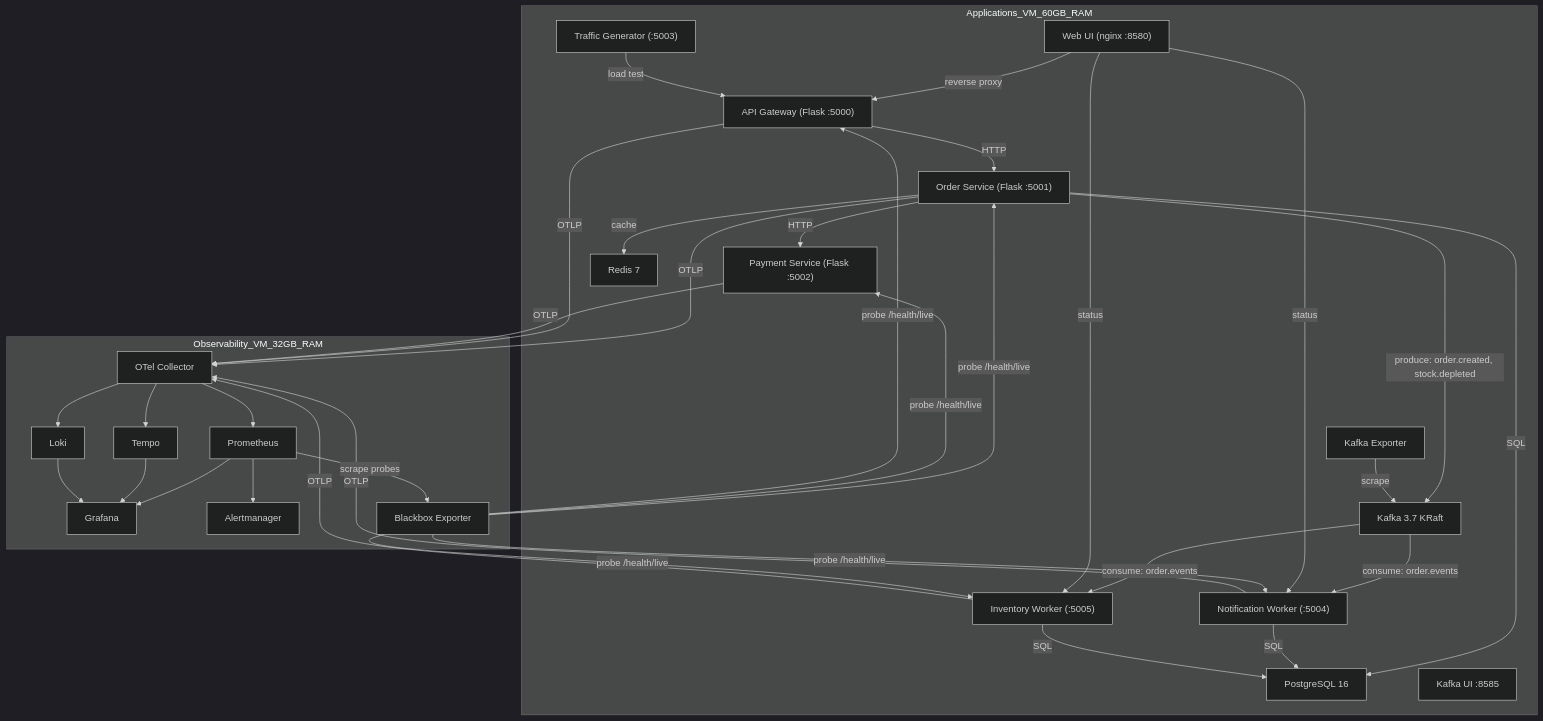
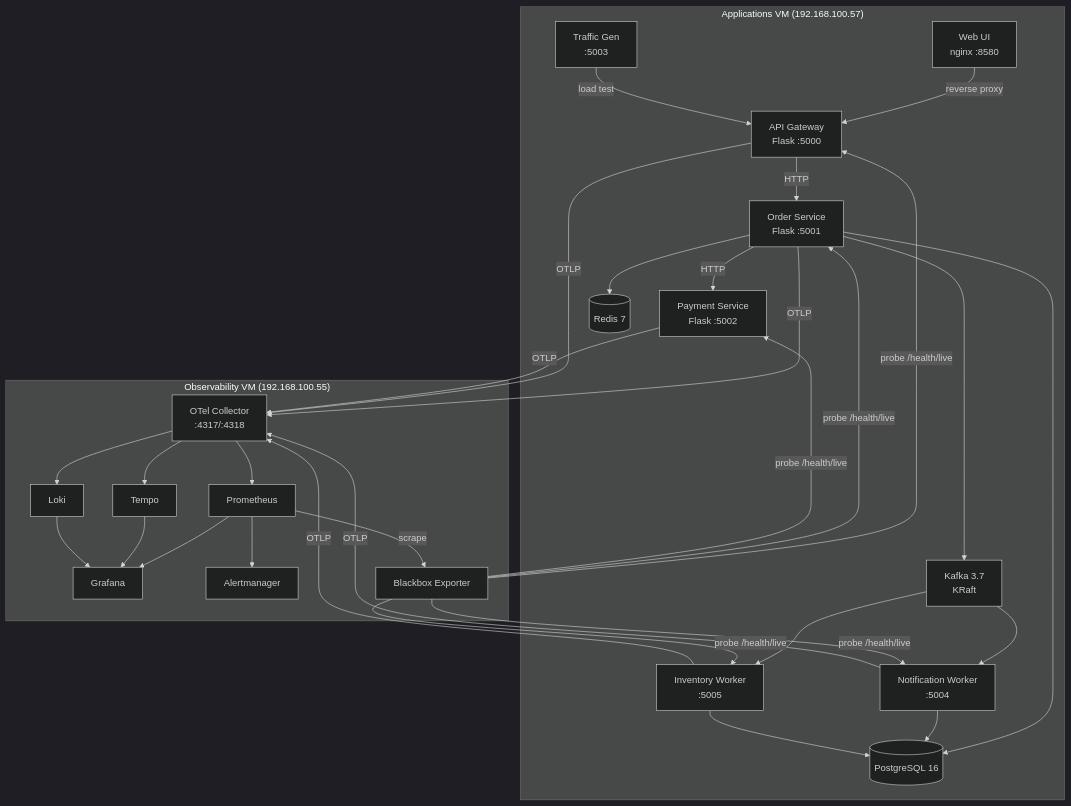
The first of 5 diagrams in on-premises/ARCHITECTURE.md (Mark-Zagob/observability-sample-v2), drawn with Mermaid (dark theme) before and after one commit. The commit also changed other lines of this file and 1 other file, not shown here.

Commit message:
update architecture

````diff
--- a/on-premises/ARCHITECTURE.md
+++ b/on-premises/ARCHITECTURE.md
@@ -9,72 +11,39 @@
 ```mermaid
 graph TB
+    subgraph "Applications VM (192.168.100.57)"
+        UI["Web UI<br/>nginx :8580"]
+        GW["API Gateway<br/>Flask :5000"]
+        OS["Order Service<br/>Flask :5001"]
+        PS["Payment Service<br/>Flask :5002"]
+        TG["Traffic Gen<br/>:5003"]
+        NW["Notification Worker<br/>:5004"]
+        IW["Inventory Worker<br/>:5005"]
+        PG[(PostgreSQL 16)]
+        RD[(Redis 7)]
+        KF[Kafka 3.7<br/>KRaft]
+    end
 
-subgraph Applications_VM_60GB_RAM
-    UI["Web UI (nginx :8580)"]
-    GW["API Gateway (Flask :5000)"]
-    OS["Order Service (Flask :5001)"]
-    PS["Payment Service (Flask :5002)"]
-    TG["Traffic Generator (:5003)"]
-    NW["Notification Worker (:5004)"]
-    IW["Inventory Worker (:5005)"]
-    PG["PostgreSQL 16"]
-    RD["Redis 7"]
-    KF["Kafka 3.7 KRaft"]
-    KE["Kafka Exporter"]
-    KUI["Kafka UI :8585"]
-end
+    subgraph "Observability VM (192.168.100.55)"
+        OTEL["OTel Collector<br/>:4317/:4318"]
+        PROM[Prometheus]
+        GRAF[Grafana]
+        TEMPO[Tempo]
+        LOKI[Loki]
+        AM[Alertmanager]
+        BB[Blackbox Exporter]
+    end
 
-subgraph Observability_VM_32GB_RAM
-    OTEL["OTel Collector"]
-    PROM["Prometheus"]
-    GRAF["Grafana"]
-    TEMPO["Tempo"]
-    LOKI["Loki"]
-    AM["Alertmanager"]
-    BB["Blackbox Exporter"]
-end
+    UI -->|reverse proxy| GW
+    GW -->|HTTP| OS -->|HTTP| PS
+    OS --> PG & RD & KF
+    KF --> NW & IW
+    NW & IW --> PG
+    TG -->|load test| GW
 
-UI -->|reverse proxy| GW
-GW -->|HTTP| OS
-OS -->|HTTP| PS
-
-OS -->|SQL| PG
-OS -->|cache| RD
-OS -->|"produce: order.created, stock.depleted"| KF
-
-KF -->|"consume: order.events"| NW
-KF -->|"consume: order.events"| IW
-
-NW -->|SQL| PG
-IW -->|SQL| PG
-
-TG -->|load test| GW
-
-UI -->|status| NW
-UI -->|status| IW
-
-KE -->|scrape| KF
-
-OS -->|OTLP| OTEL
-GW -->|OTLP| OTEL
-PS -->|OTLP| OTEL
-NW -->|OTLP| OTEL
-IW -->|OTLP| OTEL
-
-OTEL --> PROM
-OTEL --> TEMPO
-OTEL --> LOKI
-
-PROM --> GRAF
-TEMPO --> GRAF
-LOKI --> GRAF
-
-PROM --> AM
-
-BB -->|"probe /health/live"| OS
-BB -->|"probe /health/live"| PS
-BB -->|"probe /health/live"| GW
-BB -->|"probe /health/live"| NW
-BB -->|"probe /health/live"| IW
-PROM -->|"scrape probes"| BB
+    OS & GW & PS & NW & IW -->|OTLP| OTEL
+    OTEL --> PROM & TEMPO & LOKI
+    PROM --> GRAF & AM
+    TEMPO & LOKI --> GRAF
+    BB -->|probe /health/live| GW & OS & PS & NW & IW
+    PROM -->|scrape| BB
 ```
````
